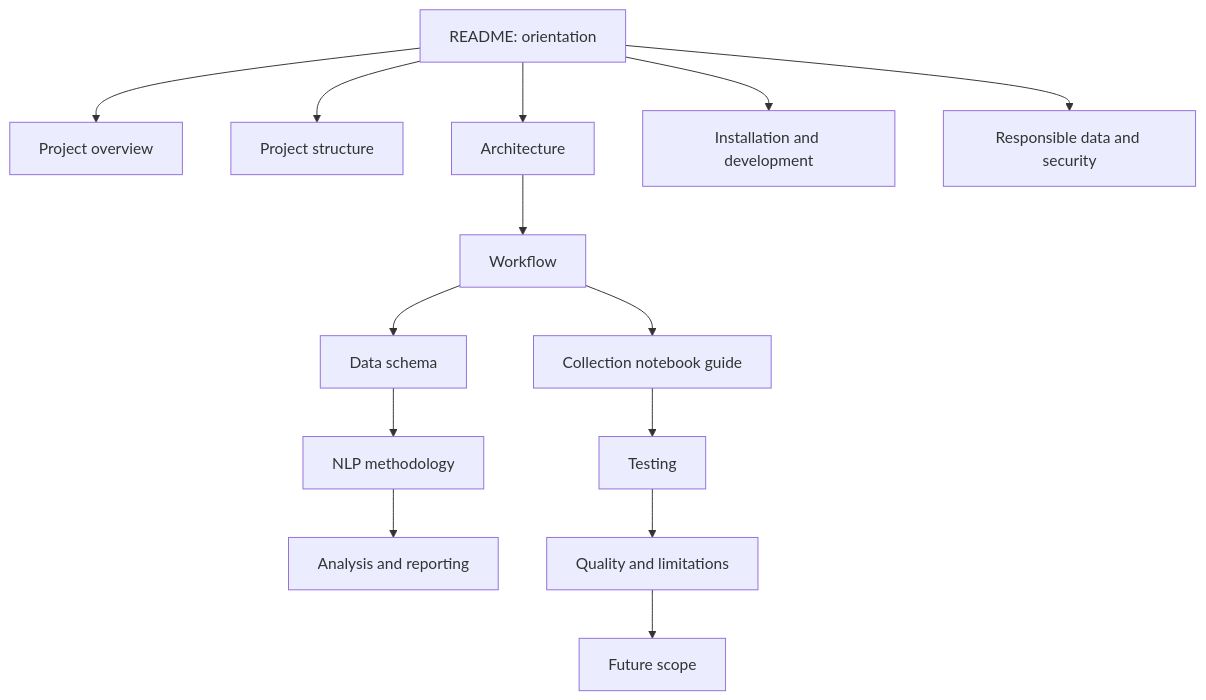
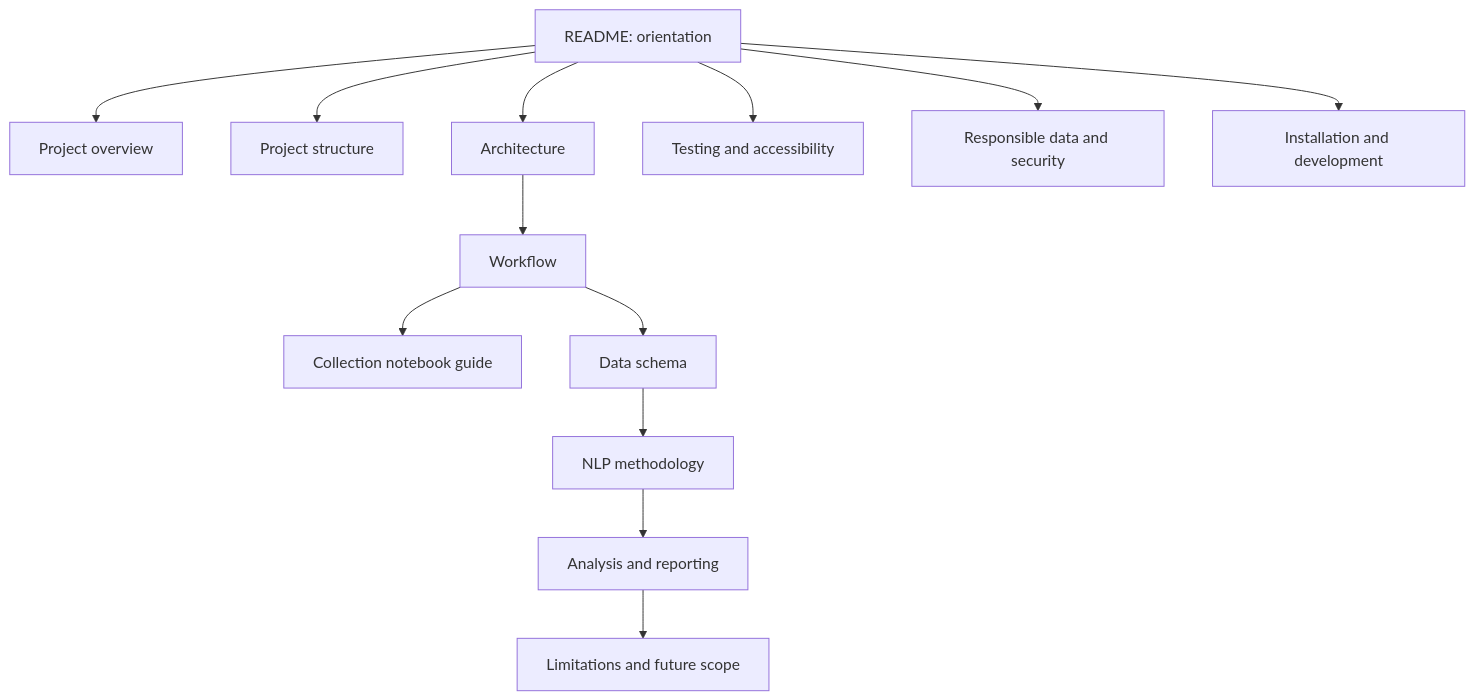
The diagram in docs/README.md (Brajesh31/Analysis-of-products-using-NLP), drawn with Mermaid before and after one commit. The commit also changed other lines of this file, not shown here.

````diff
--- a/docs/README.md
+++ b/docs/README.md
@@ -33,16 +33,15 @@
 ```mermaid
 flowchart TD
   R[README: orientation] --> O[Project overview]
   R --> S[Project structure]
   R --> A[Architecture]
   A --> W[Workflow]
+  W --> C[Collection notebook guide]
   W --> D[Data schema]
   D --> N[NLP methodology]
   N --> P[Analysis and reporting]
-  W --> C[Collection notebook guide]
-  C --> T[Testing]
-  T --> Q[Quality and limitations]
-  Q --> F[Future scope]
+  P --> Q[Limitations and future scope]
+  R --> T[Testing and accessibility]
+  R --> G[Responsible data and security]
   R --> I[Installation and development]
-  R --> G[Responsible data and security]
 ```
````
